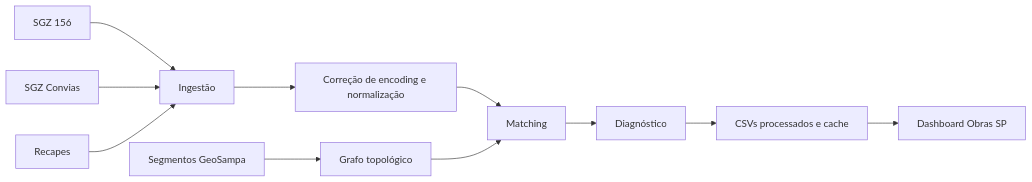
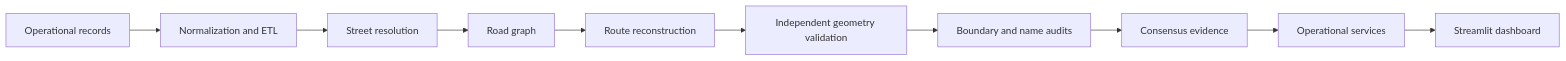
Before and after one commit to brielgaa/geofusion: the diagram in README.md, drawn with Mermaid. The commit also changed other lines of this file and 81 other files, not shown here.

````diff
--- a/README.md
+++ b/README.md
@@ -28,13 +35,12 @@
 ```mermaid
 flowchart LR
-    A[SGZ 156] --> D[Ingestão]
-    B[SGZ Convias] --> D
-    C[Recapes] --> D
-    D --> E[Correção de encoding e normalização]
-    E --> F[Matching]
-    G[Segmentos GeoSampa] --> H[Grafo topológico]
-    H --> F
-    F --> I[Diagnóstico]
-    I --> J[CSVs processados e cache]
-    J --> K[Dashboard Obras SP]
+    A[Operational records] --> B[Normalization and ETL]
+    B --> C[Street resolution]
+    C --> D[Road graph]
+    D --> E[Route reconstruction]
+    E --> F[Independent geometry validation]
+    F --> G[Boundary and name audits]
+    G --> H[Consensus evidence]
+    H --> I[Operational services]
+    I --> J[Streamlit dashboard]
 ```
````
